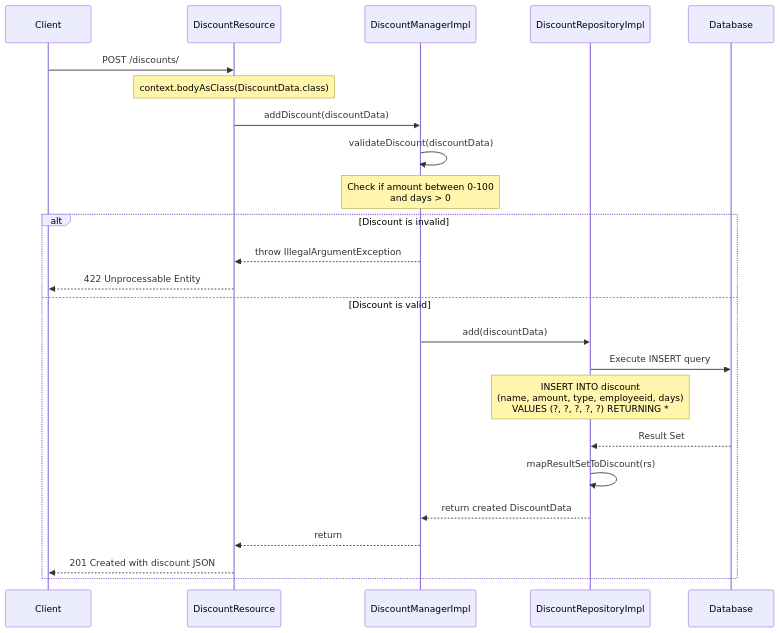
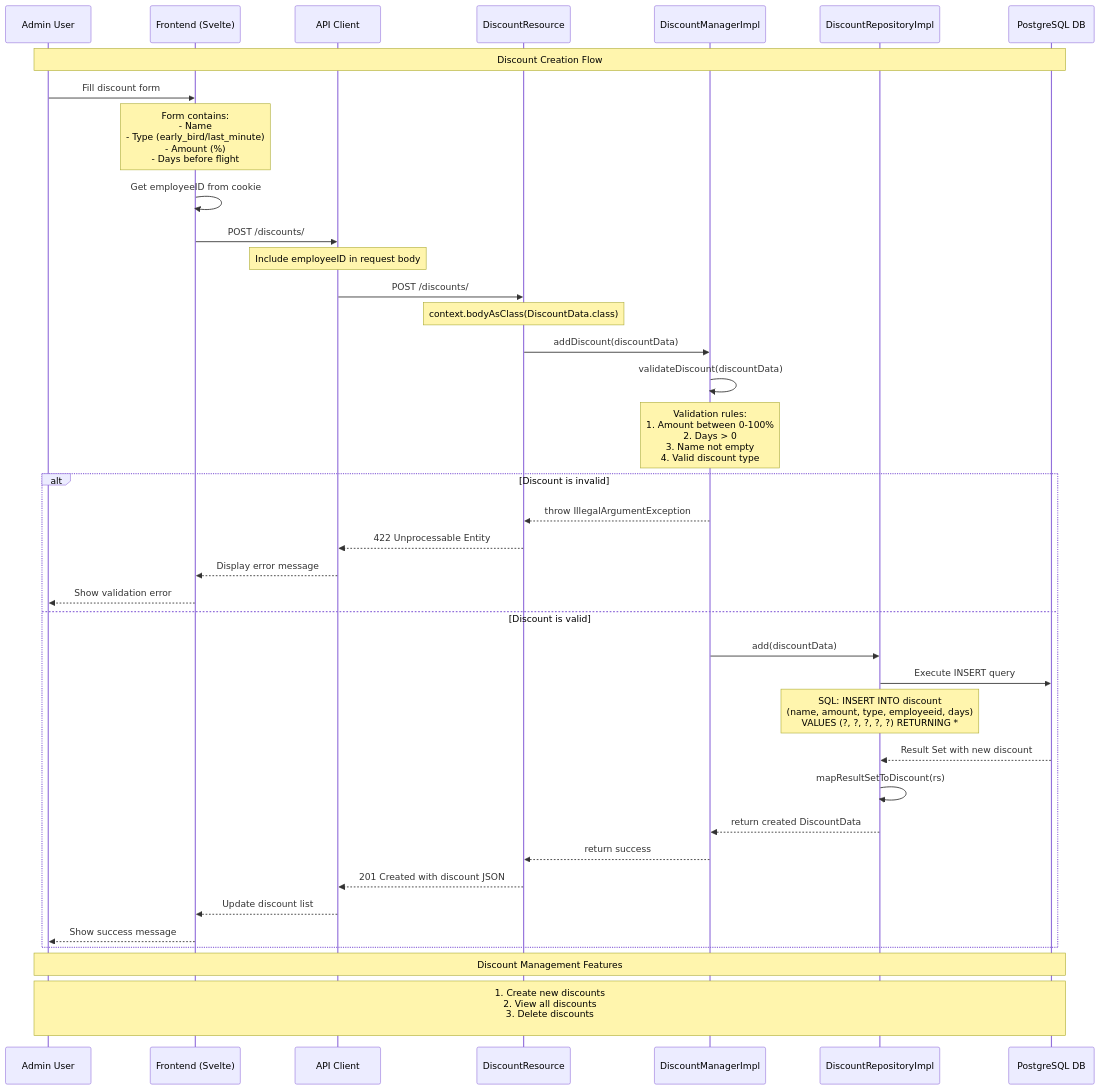
Before and after one commit to Leonardo-Notargiacomo/SkyVoyage: the diagram in design/sequenceDiagrams/manageDiscountsSequenceDiagram.md, drawn with Mermaid.

Commit message:
update the sequence diagram

````diff
--- a/design/sequenceDiagrams/manageDiscountsSequenceDiagram.md
+++ b/design/sequenceDiagrams/manageDiscountsSequenceDiagram.md
@@ -1,34 +1,51 @@
 ```mermaid
 sequenceDiagram
-    participant Client
-    participant DiscountResource
-    participant DiscountManagerImpl
-    participant DiscountRepositoryImpl
-    participant Database
+    participant Admin as Admin User
+    participant Frontend as Frontend (Svelte)
+    participant API as API Client
+    participant Backend as DiscountResource
+    participant Manager as DiscountManagerImpl
+    participant Repo as DiscountRepositoryImpl
+    participant DB as PostgreSQL DB
 
-    Client->>DiscountResource: POST /discounts/
-    Note over DiscountResource: context.bodyAsClass(DiscountData.class)
+    Note over Admin,DB: Discount Creation Flow
+    Admin->>Frontend: Fill discount form
+    Note over Frontend: Form contains:<br>- Name<br>- Type (early_bird/last_minute)<br>- Amount (%)<br>- Days before flight
 
-    DiscountResource->>DiscountManagerImpl: addDiscount(discountData)
+    Frontend->>Frontend: Get employeeID from cookie
+    Frontend->>API: POST /discounts/
+    Note over API: Include employeeID in request body
 
-    DiscountManagerImpl->>DiscountManagerImpl: validateDiscount(discountData)
-    Note over DiscountManagerImpl: Check if amount between 0-100<br>and days > 0
+    API->>Backend: POST /discounts/
+    Note over Backend: context.bodyAsClass(DiscountData.class)
+
+    Backend->>Manager: addDiscount(discountData)
+
+    Manager->>Manager: validateDiscount(discountData)
+    Note over Manager: Validation rules:<br>1. Amount between 0-100%<br>2. Days > 0<br>3. Name not empty<br>4. Valid discount type
 
     alt Discount is invalid
-        DiscountManagerImpl-->>DiscountResource: throw IllegalArgumentException
-        DiscountResource-->>Client: 422 Unprocessable Entity
+        Manager-->>Backend: throw IllegalArgumentException
+        Backend-->>API: 422 Unprocessable Entity
+        API-->>Frontend: Display error message
+        Frontend-->>Admin: Show validation error
     else Discount is valid
-        DiscountManagerImpl->>DiscountRepositoryImpl: add(discountData)
+        Manager->>Repo: add(discountData)
 
-        DiscountRepositoryImpl->>Database: Execute INSERT query
-        Note over DiscountRepositoryImpl: INSERT INTO discount<br>(name, amount, type, employeeid, days)<br>VALUES (?, ?, ?, ?, ?) RETURNING *
+        Repo->>DB: Execute INSERT query
+        Note over Repo: SQL: INSERT INTO discount<br>(name, amount, type, employeeid, days)<br>VALUES (?, ?, ?, ?, ?) RETURNING *
 
-        Database-->>DiscountRepositoryImpl: Result Set
+        DB-->>Repo: Result Set with new discount
 
-        DiscountRepositoryImpl->>DiscountRepositoryImpl: mapResultSetToDiscount(rs)
-        DiscountRepositoryImpl-->>DiscountManagerImpl: return created DiscountData
+        Repo->>Repo: mapResultSetToDiscount(rs)
+        Repo-->>Manager: return created DiscountData
 
-        DiscountManagerImpl-->>DiscountResource: return
-        DiscountResource-->>Client: 201 Created with discount JSON
+        Manager-->>Backend: return success
+        Backend-->>API: 201 Created with discount JSON
+        API-->>Frontend: Update discount list
+        Frontend-->>Admin: Show success message
     end
+
+    Note over Admin,DB: Discount Management Features
+    Note over Admin,DB: 1. Create new discounts<br>2. View all discounts<br>3. Delete discounts<br>
 ```
````
